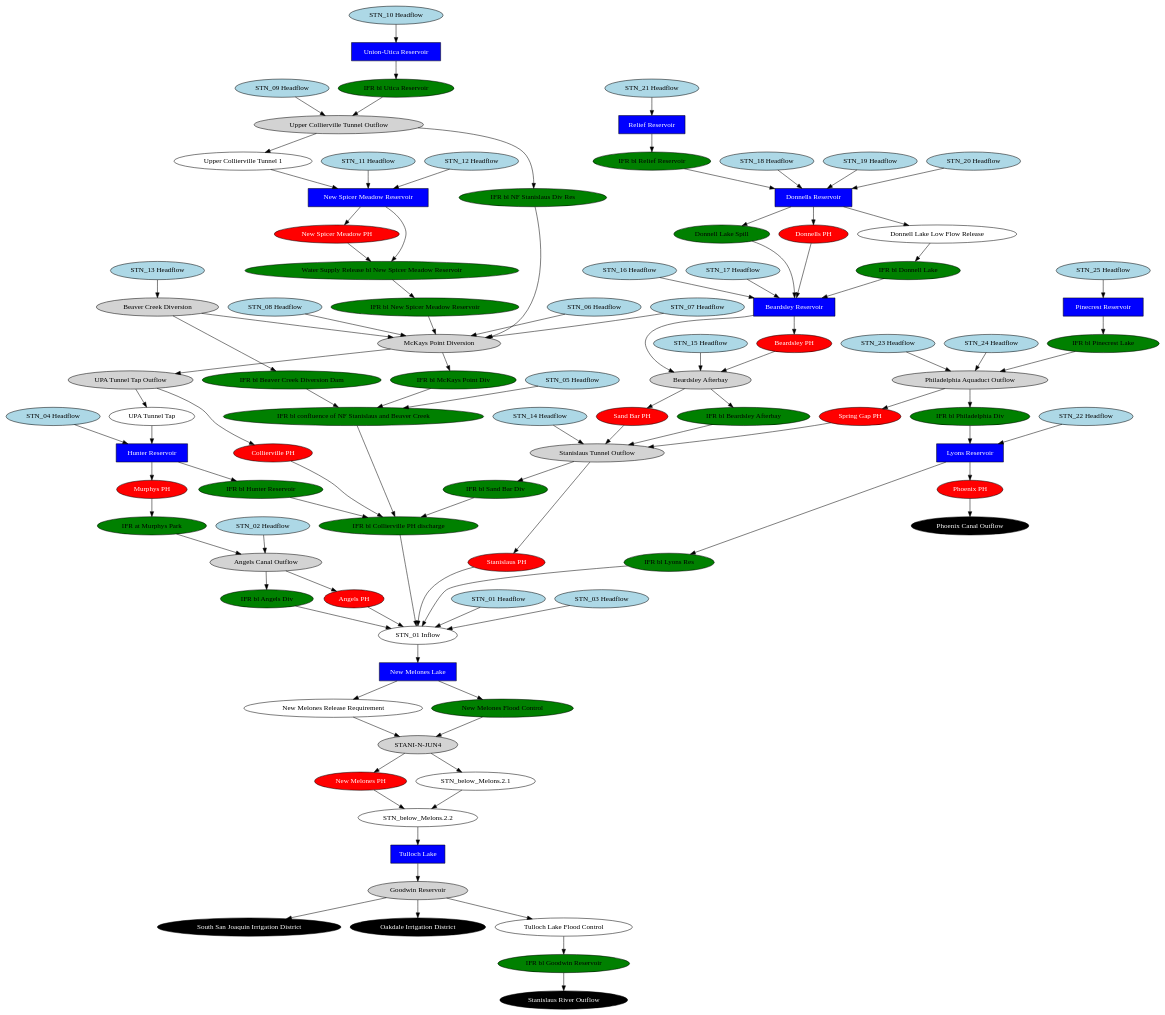
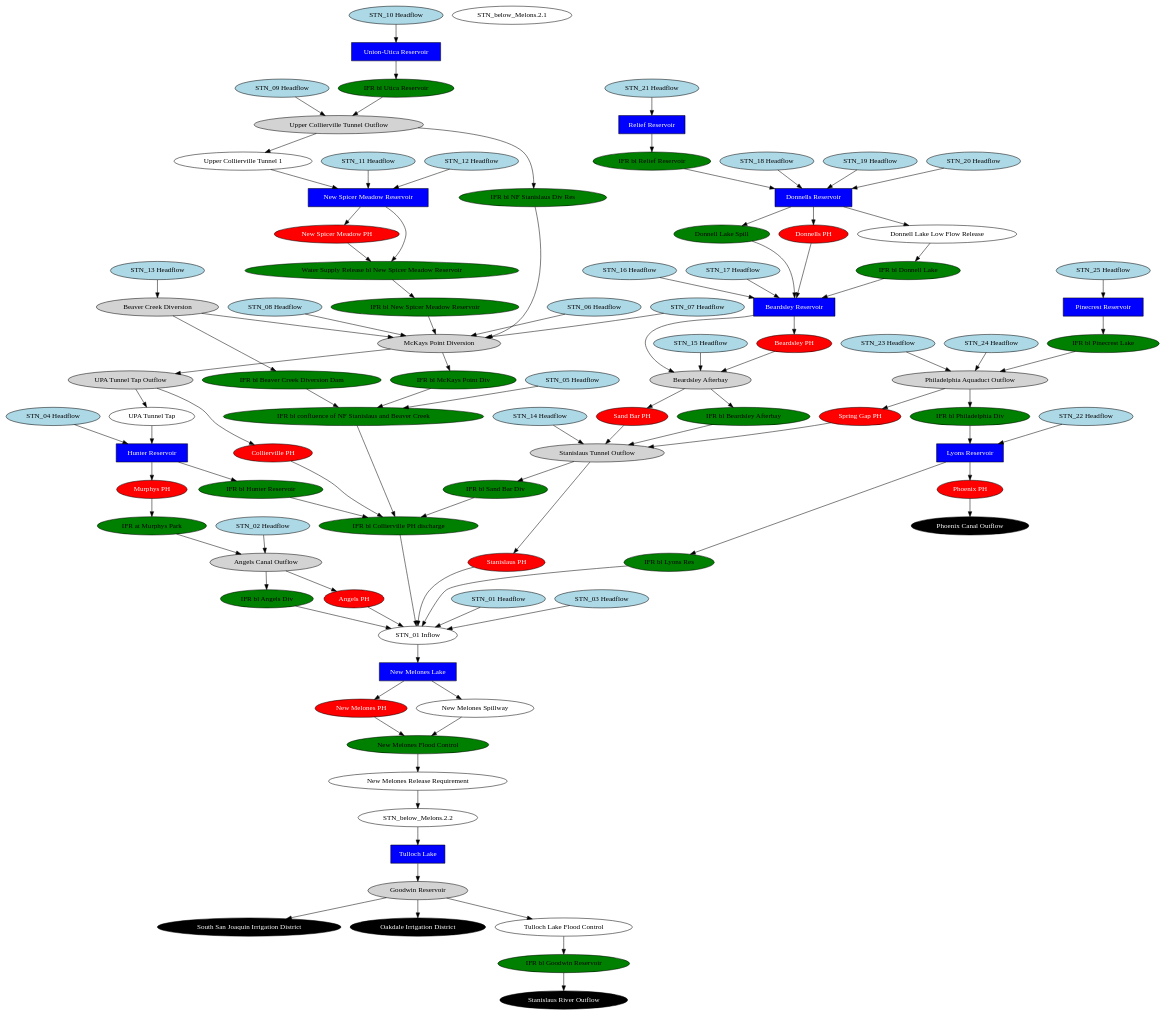
Before and after one commit to vicelab/cen-sierra-pywr: the diagram in schematics/stanislaus_schematic_simplified.gv, drawn with Graphviz. The commit also changed 2 other files, not shown here.

Commit message:
update stanislaus schematic with in-river flood control node

```diff
--- a/schematics/stanislaus_schematic_simplified.gv
+++ b/schematics/stanislaus_schematic_simplified.gv
@@ -1,195 +1,193 @@
 // stanislaus
 digraph stanislaus {
 	"Angels PH" [fillcolor=red fontcolor=white shape=oval style=filled]
 	"Angels Canal Outflow" [fillcolor=lightgrey fontcolor=black shape=oval style=filled]
 	"Beardsley Reservoir" [fillcolor=blue fontcolor=white shape=rect style=filled]
 	"Beardsley PH" [fillcolor=red fontcolor=white shape=oval style=filled]
 	"Beaver Creek Diversion" [fillcolor=lightgrey fontcolor=black shape=oval style=filled]
 	"Collierville PH" [fillcolor=red fontcolor=white shape=oval style=filled]
 	"Donnells PH" [fillcolor=red fontcolor=white shape=oval style=filled]
 	"Donnells Reservoir" [fillcolor=blue fontcolor=white shape=rect style=filled]
 	"Donnell Lake Low Flow Release" [fillcolor=white fontcolor=black shape=oval style=filled]
 	"IFR bl Angels Div" [fillcolor=green fontcolor=black shape=oval style=filled]
 	"IFR bl Collierville PH discharge" [fillcolor=green fontcolor=black shape=oval style=filled]
 	"IFR at Murphys Park" [fillcolor=green fontcolor=black shape=oval style=filled]
 	"IFR bl Donnell Lake" [fillcolor=green fontcolor=black shape=oval style=filled]
 	"IFR bl Hunter Reservoir" [fillcolor=green fontcolor=black shape=oval style=filled]
 	"IFR bl Lyons Res" [fillcolor=green fontcolor=black shape=oval style=filled]
 	"IFR bl McKays Point Div" [fillcolor=green fontcolor=black shape=oval style=filled]
 	"Water Supply Release bl New Spicer Meadow Reservoir" [fillcolor=green fontcolor=black shape=oval style=filled]
 	"IFR bl New Spicer Meadow Reservoir" [fillcolor=green fontcolor=black shape=oval style=filled]
 	"IFR bl Philadelphia Div" [fillcolor=green fontcolor=black shape=oval style=filled]
 	"IFR bl Relief Reservoir" [fillcolor=green fontcolor=black shape=oval style=filled]
 	"IFR bl Sand Bar Div" [fillcolor=green fontcolor=black shape=oval style=filled]
 	"IFR bl NF Stanislaus Div Res" [fillcolor=green fontcolor=black shape=oval style=filled]
 	"IFR bl Beaver Creek Diversion Dam" [fillcolor=green fontcolor=black shape=oval style=filled]
 	"IFR bl confluence of NF Stanislaus and Beaver Creek" [fillcolor=green fontcolor=black shape=oval style=filled]
 	"IFR bl Goodwin Reservoir" [fillcolor=green fontcolor=black shape=oval style=filled]
 	"IFR bl Pinecrest Lake" [fillcolor=green fontcolor=black shape=oval style=filled]
 	"IFR bl Utica Reservoir" [fillcolor=green fontcolor=black shape=oval style=filled]
 	"IFR bl Beardsley Afterbay" [fillcolor=green fontcolor=black shape=oval style=filled]
 	"Hunter Reservoir" [fillcolor=blue fontcolor=white shape=rect style=filled]
 	"Lyons Reservoir" [fillcolor=blue fontcolor=white shape=rect style=filled]
 	"McKays Point Diversion" [fillcolor=lightgrey fontcolor=black shape=oval style=filled]
 	"Murphys PH" [fillcolor=red fontcolor=white shape=oval style=filled]
 	"New Melones Lake" [fillcolor=blue fontcolor=white shape=rect style=filled]
 	"New Melones PH" [fillcolor=red fontcolor=white shape=oval style=filled]
 	"New Spicer Meadow Reservoir" [fillcolor=blue fontcolor=white shape=rect style=filled]
 	"New Spicer Meadow PH" [fillcolor=red fontcolor=white shape=oval style=filled]
 	"Philadelphia Aquaduct Outflow" [fillcolor=lightgrey fontcolor=black shape=oval style=filled]
 	"Phoenix Canal Outflow" [fillcolor=black fontcolor=white shape=oval style=filled]
 	"Phoenix PH" [fillcolor=red fontcolor=white shape=oval style=filled]
 	"Pinecrest Reservoir" [fillcolor=blue fontcolor=white shape=rect style=filled]
 	"Relief Reservoir" [fillcolor=blue fontcolor=white shape=rect style=filled]
 	"Sand Bar PH" [fillcolor=red fontcolor=white shape=oval style=filled]
 	"Beardsley Afterbay" [fillcolor=lightgrey fontcolor=black shape=oval style=filled]
 	"Spring Gap PH" [fillcolor=red fontcolor=white shape=oval style=filled]
 	"Stanislaus PH" [fillcolor=red fontcolor=white shape=oval style=filled]
 	"Stanislaus Tunnel Outflow" [fillcolor=lightgrey fontcolor=black shape=oval style=filled]
 	"South San Joaquin Irrigation District" [fillcolor=black fontcolor=white shape=oval style=filled]
 	"Oakdale Irrigation District" [fillcolor=black fontcolor=white shape=oval style=filled]
 	"Stanislaus River Outflow" [fillcolor=black fontcolor=white shape=oval style=filled]
 	"STN_01 Headflow" [fillcolor=lightblue fontcolor=black shape=oval style=filled]
 	"STN_01 Inflow" [fillcolor=white fontcolor=black shape=oval style=filled]
 	"STN_02 Headflow" [fillcolor=lightblue fontcolor=black shape=oval style=filled]
 	"STN_03 Headflow" [fillcolor=lightblue fontcolor=black shape=oval style=filled]
 	"STN_04 Headflow" [fillcolor=lightblue fontcolor=black shape=oval style=filled]
 	"STN_05 Headflow" [fillcolor=lightblue fontcolor=black shape=oval style=filled]
 	"STN_06 Headflow" [fillcolor=lightblue fontcolor=black shape=oval style=filled]
 	"STN_07 Headflow" [fillcolor=lightblue fontcolor=black shape=oval style=filled]
 	"STN_08 Headflow" [fillcolor=lightblue fontcolor=black shape=oval style=filled]
 	"STN_09 Headflow" [fillcolor=lightblue fontcolor=black shape=oval style=filled]
 	"STN_10 Headflow" [fillcolor=lightblue fontcolor=black shape=oval style=filled]
 	"STN_11 Headflow" [fillcolor=lightblue fontcolor=black shape=oval style=filled]
 	"STN_12 Headflow" [fillcolor=lightblue fontcolor=black shape=oval style=filled]
 	"STN_13 Headflow" [fillcolor=lightblue fontcolor=black shape=oval style=filled]
 	"STN_14 Headflow" [fillcolor=lightblue fontcolor=black shape=oval style=filled]
 	"STN_15 Headflow" [fillcolor=lightblue fontcolor=black shape=oval style=filled]
 	"STN_16 Headflow" [fillcolor=lightblue fontcolor=black shape=oval style=filled]
 	"STN_17 Headflow" [fillcolor=lightblue fontcolor=black shape=oval style=filled]
 	"STN_18 Headflow" [fillcolor=lightblue fontcolor=black shape=oval style=filled]
 	"STN_19 Headflow" [fillcolor=lightblue fontcolor=black shape=oval style=filled]
 	"STN_20 Headflow" [fillcolor=lightblue fontcolor=black shape=oval style=filled]
 	"STN_21 Headflow" [fillcolor=lightblue fontcolor=black shape=oval style=filled]
 	"STN_22 Headflow" [fillcolor=lightblue fontcolor=black shape=oval style=filled]
 	"STN_23 Headflow" [fillcolor=lightblue fontcolor=black shape=oval style=filled]
 	"STN_24 Headflow" [fillcolor=lightblue fontcolor=black shape=oval style=filled]
 	"STN_25 Headflow" [fillcolor=lightblue fontcolor=black shape=oval style=filled]
 	"Tulloch Lake" [fillcolor=blue fontcolor=white shape=rect style=filled]
 	"Tulloch Lake Flood Control" [fillcolor=white fontcolor=black shape=oval style=filled]
 	"Donnell Lake Spill" [fillcolor=green fontcolor=black shape=oval style=filled]
 	"Goodwin Reservoir" [fillcolor=lightgrey fontcolor=black shape=oval style=filled]
 	"Union-Utica Reservoir" [fillcolor=blue fontcolor=white shape=rect style=filled]
 	"UPA Tunnel Tap" [fillcolor=white fontcolor=black shape=oval style=filled]
 	"UPA Tunnel Tap Outflow" [fillcolor=lightgrey fontcolor=black shape=oval style=filled]
 	"Upper Collierville Tunnel Outflow" [fillcolor=lightgrey fontcolor=black shape=oval style=filled]
 	"Upper Collierville Tunnel 1" [fillcolor=white fontcolor=black shape=oval style=filled]
 	"New Melones Release Requirement" [fillcolor=white fontcolor=black shape=oval style=filled]
 	"New Melones Flood Control" [fillcolor=green fontcolor=black shape=oval style=filled]
+	"New Melones Spillway" [fillcolor=white fontcolor=black shape=oval style=filled]
 	"STN_below_Melons.2.1" [fillcolor=white fontcolor=black shape=oval style=filled]
 	"STN_below_Melons.2.2" [fillcolor=white fontcolor=black shape=oval style=filled]
-	"STANI-N-JUN4" [fillcolor=lightgrey fontcolor=black shape=oval style=filled]
 	"Angels Canal Outflow" -> "Angels PH"
 	"Angels Canal Outflow" -> "IFR bl Angels Div"
 	"Donnells Reservoir" -> "Donnells PH"
 	"Donnells Reservoir" -> "Donnell Lake Low Flow Release"
 	"Donnell Lake Low Flow Release" -> "IFR bl Donnell Lake"
 	"Donnells Reservoir" -> "Donnell Lake Spill"
 	"Upper Collierville Tunnel Outflow" -> "IFR bl NF Stanislaus Div Res"
 	"McKays Point Diversion" -> "UPA Tunnel Tap Outflow"
 	"Hunter Reservoir" -> "IFR bl Hunter Reservoir"
 	"Water Supply Release bl New Spicer Meadow Reservoir" -> "IFR bl New Spicer Meadow Reservoir"
 	"New Spicer Meadow Reservoir" -> "New Spicer Meadow PH"
 	"Philadelphia Aquaduct Outflow" -> "Spring Gap PH"
 	"Pinecrest Reservoir" -> "IFR bl Pinecrest Lake"
 	"Relief Reservoir" -> "IFR bl Relief Reservoir"
 	"Beardsley Afterbay" -> "Sand Bar PH"
 	"Stanislaus Tunnel Outflow" -> "Stanislaus PH"
 	"STN_01 Headflow" -> "STN_01 Inflow"
 	"McKays Point Diversion" -> "IFR bl McKays Point Div"
 	"Union-Utica Reservoir" -> "IFR bl Utica Reservoir"
 	"Beardsley Afterbay" -> "IFR bl Beardsley Afterbay"
 	"Beardsley Reservoir" -> "Beardsley PH"
 	"UPA Tunnel Tap Outflow" -> "UPA Tunnel Tap"
 	"UPA Tunnel Tap" -> "Hunter Reservoir"
 	"UPA Tunnel Tap Outflow" -> "Collierville PH"
 	"Stanislaus Tunnel Outflow" -> "IFR bl Sand Bar Div"
 	"Lyons Reservoir" -> "IFR bl Lyons Res"
 	"Goodwin Reservoir" -> "Oakdale Irrigation District"
 	"Goodwin Reservoir" -> "South San Joaquin Irrigation District"
 	"Goodwin Reservoir" -> "Tulloch Lake Flood Control"
 	"Tulloch Lake Flood Control" -> "IFR bl Goodwin Reservoir"
-	"New Melones Lake" -> "New Melones Release Requirement"
-	"STANI-N-JUN4" -> "STN_below_Melons.2.1"
+	"New Melones Lake" -> "New Melones PH"
 	"STN_01 Inflow" -> "New Melones Lake"
 	"Upper Collierville Tunnel Outflow" -> "Upper Collierville Tunnel 1"
 	"Angels PH" -> "STN_01 Inflow"
 	"IFR bl Angels Div" -> "STN_01 Inflow"
 	"IFR bl Beaver Creek Diversion Dam" -> "IFR bl confluence of NF Stanislaus and Beaver Creek"
 	"Beaver Creek Diversion" -> "IFR bl Beaver Creek Diversion Dam"
 	"Beaver Creek Diversion" -> "McKays Point Diversion"
 	"Phoenix PH" -> "Phoenix Canal Outflow"
 	"New Spicer Meadow Reservoir" -> "Water Supply Release bl New Spicer Meadow Reservoir"
 	"New Spicer Meadow PH" -> "Water Supply Release bl New Spicer Meadow Reservoir"
 	"Murphys PH" -> "IFR at Murphys Park"
 	"IFR bl Sand Bar Div" -> "IFR bl Collierville PH discharge"
 	"IFR bl Hunter Reservoir" -> "IFR bl Collierville PH discharge"
 	"IFR bl confluence of NF Stanislaus and Beaver Creek" -> "IFR bl Collierville PH discharge"
 	"Sand Bar PH" -> "Stanislaus Tunnel Outflow"
 	"Philadelphia Aquaduct Outflow" -> "IFR bl Philadelphia Div"
 	"IFR bl Lyons Res" -> "STN_01 Inflow"
 	"IFR bl Goodwin Reservoir" -> "Stanislaus River Outflow"
 	"STN_02 Headflow" -> "Angels Canal Outflow"
 	"IFR at Murphys Park" -> "Angels Canal Outflow"
 	"IFR bl Collierville PH discharge" -> "STN_01 Inflow"
 	"STN_03 Headflow" -> "STN_01 Inflow"
 	"STN_04 Headflow" -> "Hunter Reservoir"
 	"STN_05 Headflow" -> "IFR bl confluence of NF Stanislaus and Beaver Creek"
 	"IFR bl McKays Point Div" -> "IFR bl confluence of NF Stanislaus and Beaver Creek"
 	"STN_06 Headflow" -> "McKays Point Diversion"
 	"STN_07 Headflow" -> "McKays Point Diversion"
 	"IFR bl New Spicer Meadow Reservoir" -> "McKays Point Diversion"
 	"STN_08 Headflow" -> "McKays Point Diversion"
 	"IFR bl NF Stanislaus Div Res" -> "McKays Point Diversion"
 	"STN_09 Headflow" -> "Upper Collierville Tunnel Outflow"
 	"IFR bl Utica Reservoir" -> "Upper Collierville Tunnel Outflow"
 	"STN_10 Headflow" -> "Union-Utica Reservoir"
 	"STN_11 Headflow" -> "New Spicer Meadow Reservoir"
 	"STN_13 Headflow" -> "Beaver Creek Diversion"
 	"STN_14 Headflow" -> "Stanislaus Tunnel Outflow"
 	"IFR bl Beardsley Afterbay" -> "Stanislaus Tunnel Outflow"
 	"STN_15 Headflow" -> "Beardsley Afterbay"
 	"Beardsley Reservoir" -> "Beardsley Afterbay"
 	"Beardsley PH" -> "Beardsley Afterbay"
 	"STN_16 Headflow" -> "Beardsley Reservoir"
 	"STN_17 Headflow" -> "Beardsley Reservoir"
 	"Donnell Lake Spill" -> "Beardsley Reservoir"
 	"IFR bl Donnell Lake" -> "Beardsley Reservoir"
 	"STN_18 Headflow" -> "Donnells Reservoir"
 	"STN_19 Headflow" -> "Donnells Reservoir"
 	"STN_21 Headflow" -> "Relief Reservoir"
 	"IFR bl Philadelphia Div" -> "Lyons Reservoir"
 	"STN_22 Headflow" -> "Lyons Reservoir"
 	"STN_23 Headflow" -> "Philadelphia Aquaduct Outflow"
 	"IFR bl Pinecrest Lake" -> "Philadelphia Aquaduct Outflow"
 	"STN_24 Headflow" -> "Philadelphia Aquaduct Outflow"
 	"STN_25 Headflow" -> "Pinecrest Reservoir"
 	"IFR bl Relief Reservoir" -> "Donnells Reservoir"
 	"STN_20 Headflow" -> "Donnells Reservoir"
 	"Hunter Reservoir" -> "Murphys PH"
 	"STN_12 Headflow" -> "New Spicer Meadow Reservoir"
 	"Donnells PH" -> "Beardsley Reservoir"
 	"Upper Collierville Tunnel 1" -> "New Spicer Meadow Reservoir"
 	"Collierville PH" -> "IFR bl Collierville PH discharge"
 	"Stanislaus PH" -> "STN_01 Inflow"
 	"Spring Gap PH" -> "Stanislaus Tunnel Outflow"
 	"Lyons Reservoir" -> "Phoenix PH"
-	"New Melones Lake" -> "New Melones Flood Control"
-	"New Melones Release Requirement" -> "STANI-N-JUN4"
-	"New Melones Flood Control" -> "STANI-N-JUN4"
-	"STANI-N-JUN4" -> "New Melones PH"
+	"New Melones Lake" -> "New Melones Spillway"
+	"New Melones PH" -> "New Melones Flood Control"
+	"New Melones Spillway" -> "New Melones Flood Control"
 	"Tulloch Lake" -> "Goodwin Reservoir"
 	"STN_below_Melons.2.2" -> "Tulloch Lake"
-	"STN_below_Melons.2.1" -> "STN_below_Melons.2.2"
-	"New Melones PH" -> "STN_below_Melons.2.2"
+	"New Melones Flood Control" -> "New Melones Release Requirement"
+	"New Melones Release Requirement" -> "STN_below_Melons.2.2"
 }
```
